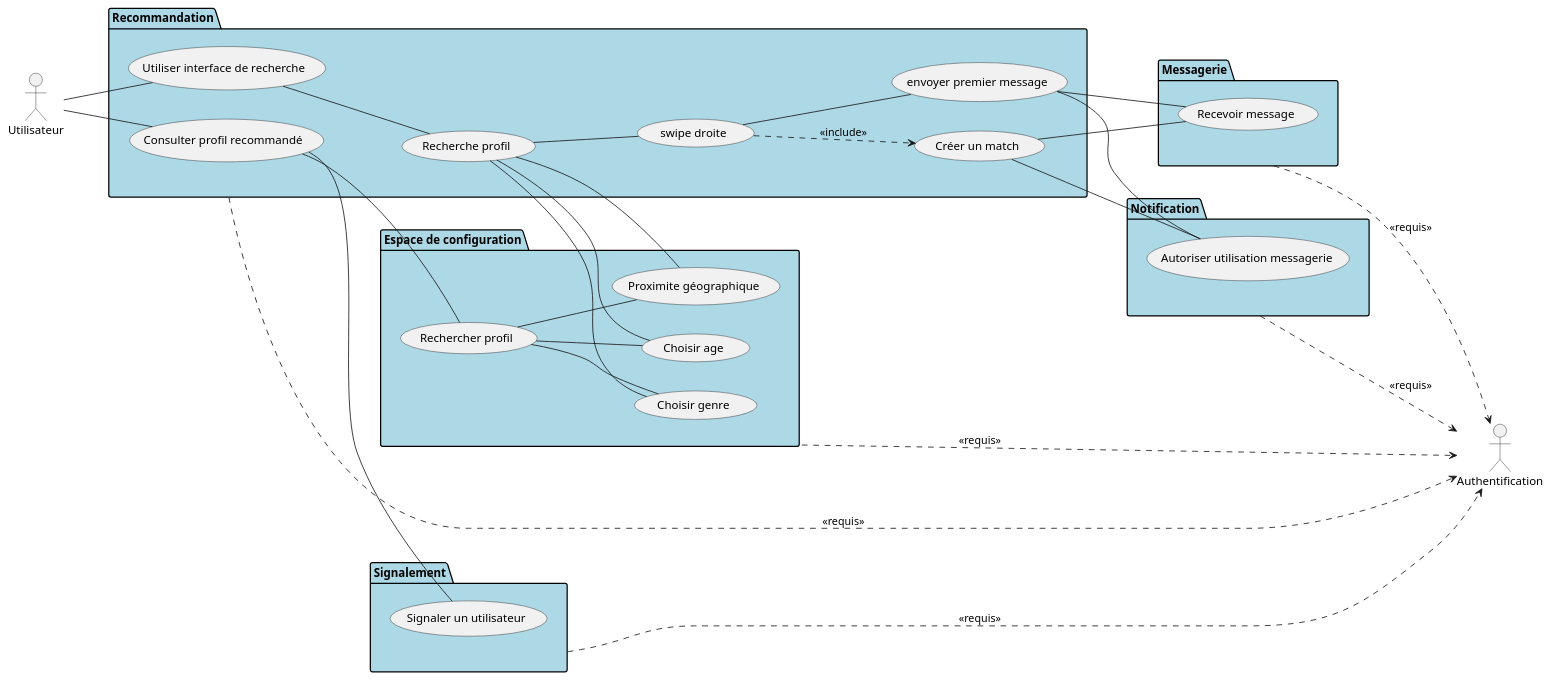
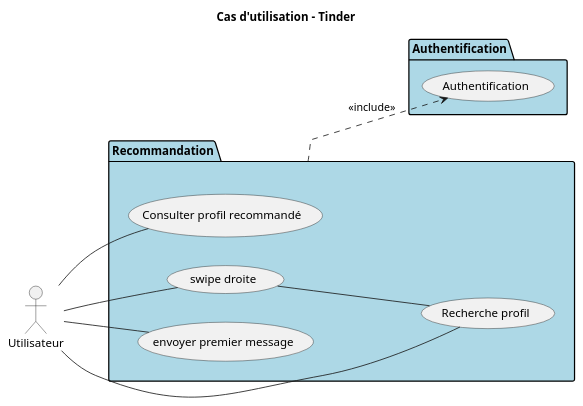
One commit to MinaroliCorentin/PSO changed the diagram in src/Projet_Tinder_Cas_Utilisation_Recommandation.puml. Above: the diagram before and after it, drawn with PlantUML. The commit also changed 9 other files, not shown here.

Commit message:
Maj des cas d'utilisation

```diff
--- a/src/Projet_Tinder_Cas_Utilisation_Recommandation.puml
+++ b/src/Projet_Tinder_Cas_Utilisation_Recommandation.puml
@@ -1,84 +1,31 @@
 @startuml
 
 left to right direction
+title Cas d'utilisation - Tinder
 
-'Acteurs'
 actor Utilisateur
 
-package "Notification" #LightBlue {
+package "Authentification" #LightBlue {
 
-    usecase "Autoriser utilisation messagerie" as notif_messagerie
-
-}
-
-package "Espace de configuration" #LightBlue {
-
-   usecase "Proximite géographique" as config_proximite
-   usecase "Rechercher profil" as config_critere_visibilite_autres
-   usecase "Choisir age" as config_age
-   usecase "Choisir genre" as config_genre
-
-    config_critere_visibilite_autres -- config_proximite
-    config_critere_visibilite_autres -- config_age
-    config_critere_visibilite_autres -- config_genre
-
-}
-
-
-package "Messagerie" #LightBlue {
-
-    usecase "Recevoir message" as mess_recevoir
-
-}
-
-package "Signalement" #LightBlue {
-
-    usecase "Signaler un utilisateur" as signal_user
-
+    usecase "Authentification" as auth
 
 }
 
 package "Recommandation" #LightBlue {
 
     usecase "Consulter profil recommandé " as reco_consultation
-    usecase "Utiliser interface de recherche " as reco_interface
     usecase "Recherche profil" as reco_recherche
     usecase "swipe droite" as reco_interet
     usecase "envoyer premier message" as reco_message
-    usecase "Créer un match" as reco_match
 
-
+    Utilisateur -- reco_message
     Utilisateur -- reco_consultation
-    Utilisateur -- reco_interface
-
-    reco_consultation -- config_critere_visibilite_autres
-    reco_consultation -- signal_user
-
-    reco_interface -- reco_recherche
-
-    reco_recherche -- config_age
-    reco_recherche -- config_genre
-    reco_recherche -- config_proximite
-
-    reco_recherche -- reco_interet
-
-    reco_interet ..> reco_match : <<include>>
-    reco_interet -- reco_message
-
-    reco_message -- mess_recevoir
-    reco_message -- notif_messagerie
-
-
-    reco_match -- notif_messagerie
-    reco_match -- mess_recevoir
+    Utilisateur -- reco_interet
+    Utilisateur -- reco_recherche
+    reco_interet -- reco_recherche
 
 }
 
-    "Recommandation" ..> Authentification : <<requis>>
-    "Espace de configuration" ..> Authentification : <<requis>>
-    "Signalement" ..> Authentification : <<requis>>
-    "Notification" ..> Authentification : <<requis>>
-    "Messagerie" ..> Authentification : <<requis>>
-
+"Recommandation" ..> auth : <<include>>
 
 @enduml
```
